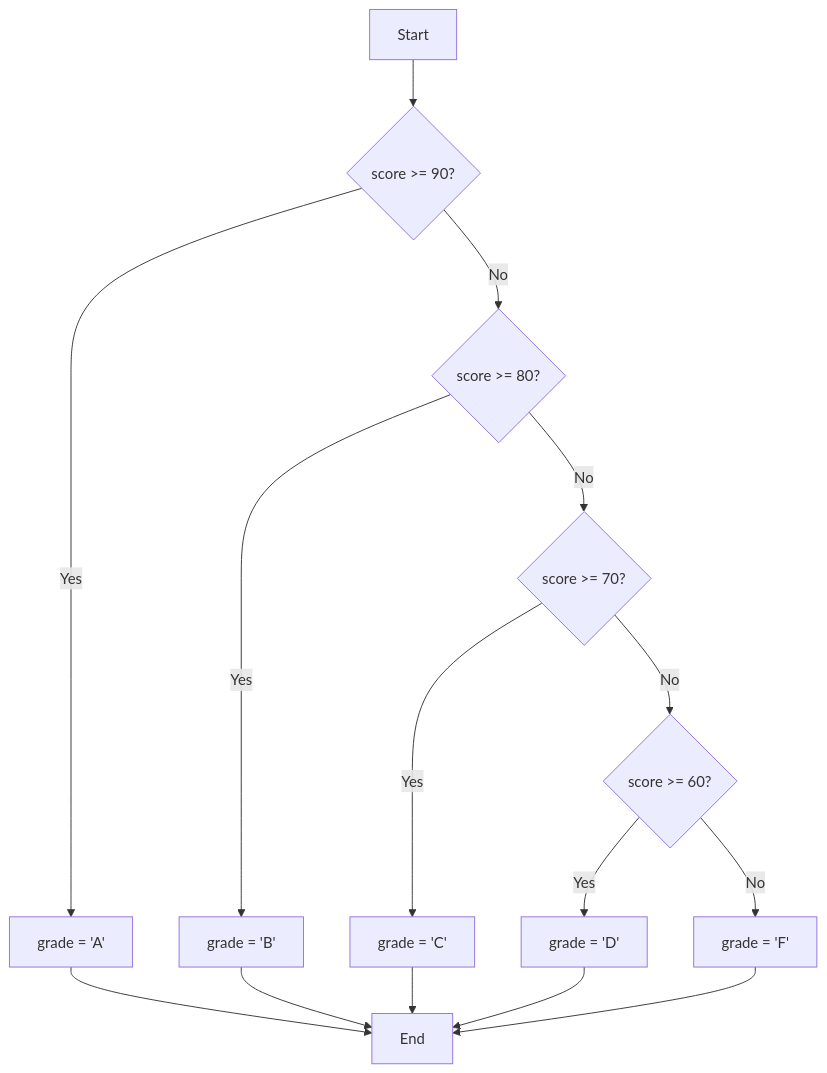
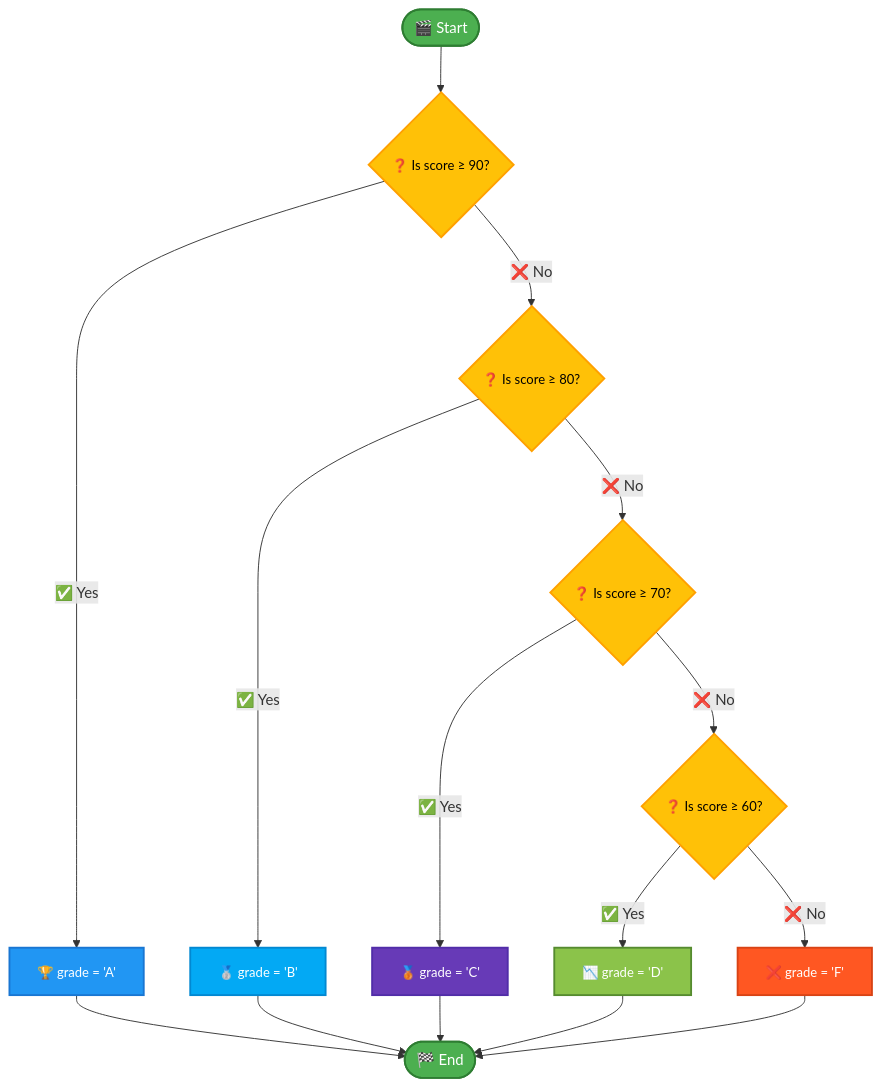
One commit to infoyouth/infoyouth.github.io changed the sixth of 18 diagrams in _posts/2024-11-28-c-control-statements-decision-making.md. Above: the diagram before and after it, drawn with Mermaid. The commit also changed other lines of this file, not shown here.

````diff
--- a/_posts/2024-11-28-c-control-statements-decision-making.md
+++ b/_posts/2024-11-28-c-control-statements-decision-making.md
@@ -810,17 +918,30 @@
 ```mermaid
 graph TD
-    A[Start] --> B{score >= 90?};
-    B -- Yes --> C[grade = 'A'];
-    B -- No --> D{score >= 80?};
-    D -- Yes --> E[grade = 'B'];
-    D -- No --> F{score >= 70?};
-    F -- Yes --> G[grade = 'C'];
-    F -- No --> H{score >= 60?};
-    H -- Yes --> I[grade = 'D'];
-    H -- No --> J[grade = 'F'];
-    C --> K[End];
+    A([🎬 Start]) --> B{❓ Is score ≥ 90?};
+    B -- ✅ Yes --> C[🏆 grade = 'A'];
+    B -- ❌ No --> D{❓ Is score ≥ 80?};
+    D -- ✅ Yes --> E[🥈 grade = 'B'];
+    D -- ❌ No --> F{❓ Is score ≥ 70?};
+    F -- ✅ Yes --> G[🥉 grade = 'C'];
+    F -- ❌ No --> H{❓ Is score ≥ 60?};
+    H -- ✅ Yes --> I[📉 grade = 'D'];
+    H -- ❌ No --> J[❌ grade = 'F'];
+    C --> K([🏁 End]);
     E --> K;
     G --> K;
     I --> K;
     J --> K;
+
+    style A fill:#4CAF50,stroke:#2E7D32,stroke-width:2px,color:#FFFFFF,font-size:16px
+    style B fill:#FFC107,stroke:#FFA000,stroke-width:2px,color:#000000,font-size:14px
+    style D fill:#FFC107,stroke:#FFA000,stroke-width:2px,color:#000000,font-size:14px
+    style F fill:#FFC107,stroke:#FFA000,stroke-width:2px,color:#000000,font-size:14px
+    style H fill:#FFC107,stroke:#FFA000,stroke-width:2px,color:#000000,font-size:14px
+    style C fill:#2196F3,stroke:#1976D2,stroke-width:2px,color:#FFFFFF,font-size:14px
+    style E fill:#03A9F4,stroke:#0288D1,stroke-width:2px,color:#FFFFFF,font-size:14px
+    style G fill:#673AB7,stroke:#512DA8,stroke-width:2px,color:#FFFFFF,font-size:14px
+    style I fill:#8BC34A,stroke:#558B2F,stroke-width:2px,color:#FFFFFF,font-size:14px
+    style J fill:#FF5722,stroke:#D84315,stroke-width:2px,color:#FFFFFF,font-size:14px
+    style K fill:#4CAF50,stroke:#2E7D32,stroke-width:2px,color:#FFFFFF,font-size:16px
+
 ```
````
